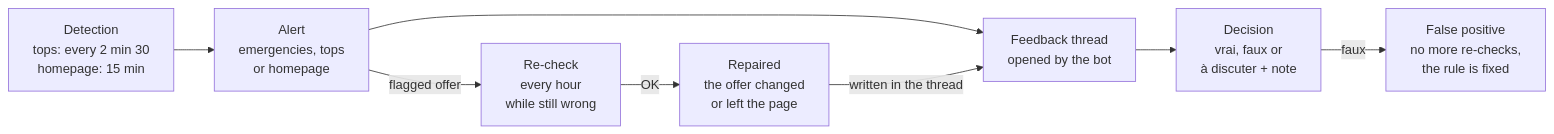
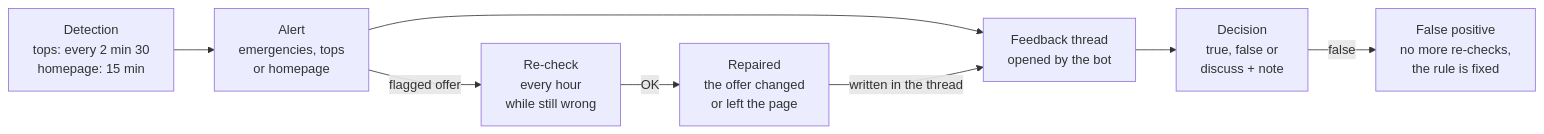
One commit to Romain64600/price-check changed the diagram in docs/team-guide.md. Above: the diagram before and after it, drawn with Mermaid. The commit also changed other lines of this file and 7 other files, not shown here.

````diff
--- a/docs/team-guide.md
+++ b/docs/team-guide.md
@@ -161,10 +161,10 @@
 ```mermaid
 flowchart LR
     D["Detection<br/>tops: every 2 min 30<br/>homepage: 15 min"] --> A["Alert<br/>emergencies, tops<br/>or homepage"]
     A --> F["Feedback thread<br/>opened by the bot"]
-    F --> C["Decision<br/>vrai, faux or<br/>à discuter + note"]
+    F --> C["Decision<br/>true, false or<br/>discuss + note"]
     A -- flagged offer --> R["Re-check<br/>every hour<br/>while still wrong"]
     R -- OK --> P["Repaired<br/>the offer changed<br/>or left the page"]
     P -- written in the thread --> F
-    C -- faux --> X["False positive<br/>no more re-checks,<br/>the rule is fixed"]
+    C -- false --> X["False positive<br/>no more re-checks,<br/>the rule is fixed"]
 ```
````
